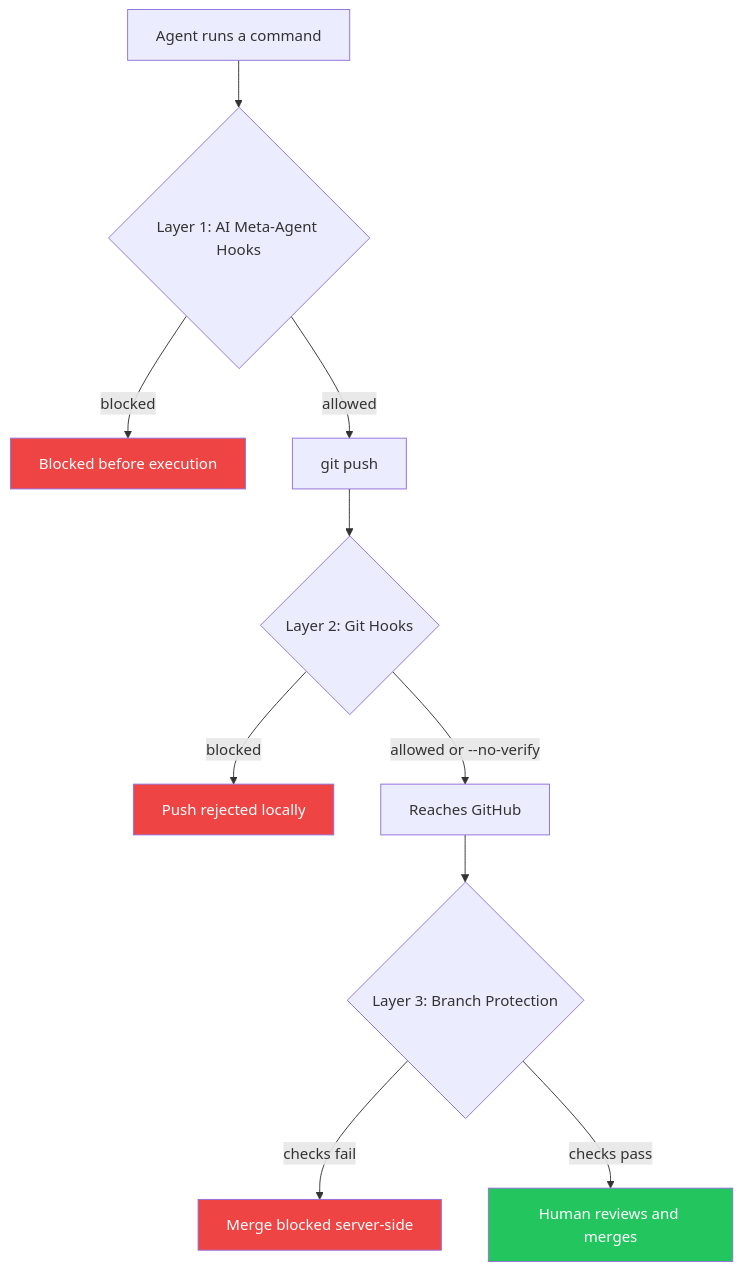
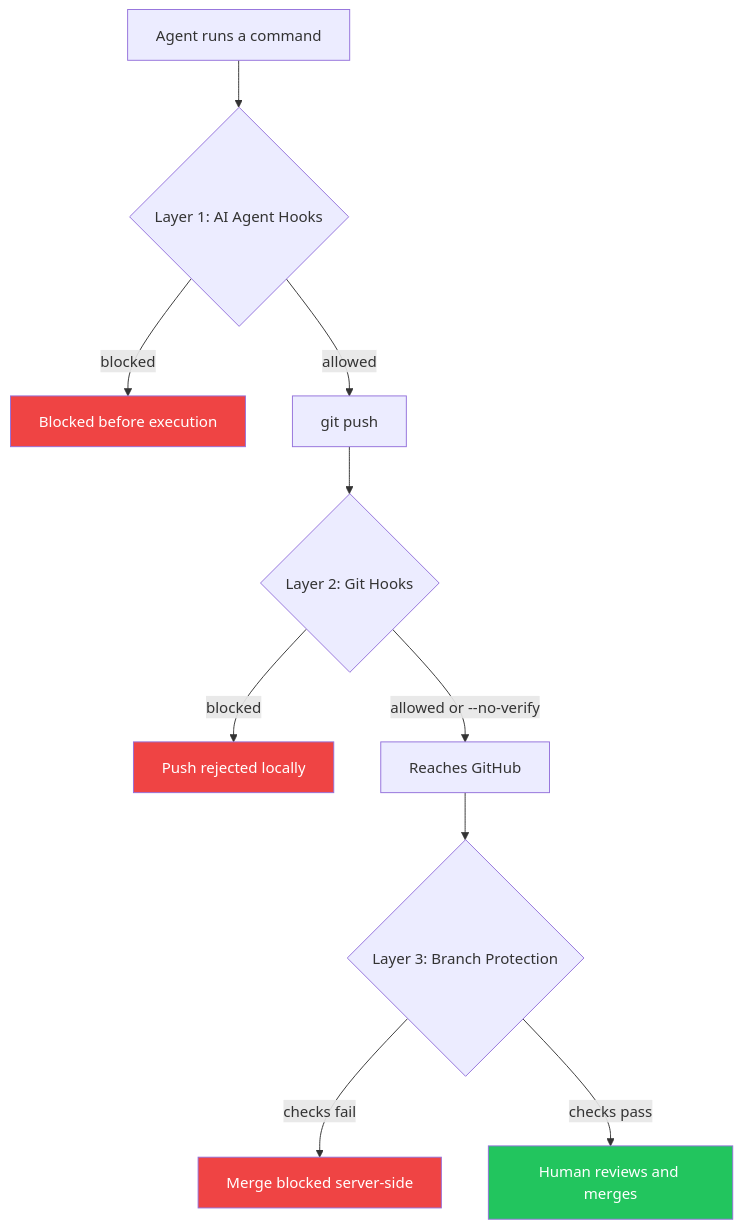
Before and after one commit to issue-orchestrator/issue-orchestrator: the diagram in docs/architecture/hooks.md, drawn with Mermaid. The commit also changed other lines of this file and 1 other file, not shown here.

First line of the commit message:
Reorganize README for 50k foot view, fix meta-agent terminology

````diff
--- a/docs/architecture/hooks.md
+++ b/docs/architecture/hooks.md
@@ -17,18 +17,18 @@
 ```mermaid
 flowchart TB
   CMD["Agent runs a command"]
-  CMD --> L1{"Layer 1: AI Meta-Agent Hooks"}
+  CMD --> L1{"Layer 1: AI Agent Hooks"}
   L1 -->|blocked| STOP1["Blocked before execution"]
   L1 -->|allowed| GIT["git push"]
   GIT --> L2{"Layer 2: Git Hooks"}
   L2 -->|blocked| STOP2["Push rejected locally"]
   L2 -->|allowed or --no-verify| REMOTE["Reaches GitHub"]
   REMOTE --> L3{"Layer 3: Branch Protection"}
   L3 -->|checks fail| STOP3["Merge blocked server-side"]
   L3 -->|checks pass| MERGE["Human reviews and merges"]
 
   style STOP1 fill:#ef4444,color:#fff
   style STOP2 fill:#ef4444,color:#fff
   style STOP3 fill:#ef4444,color:#fff
   style MERGE fill:#22c55e,color:#fff
 ```
````
